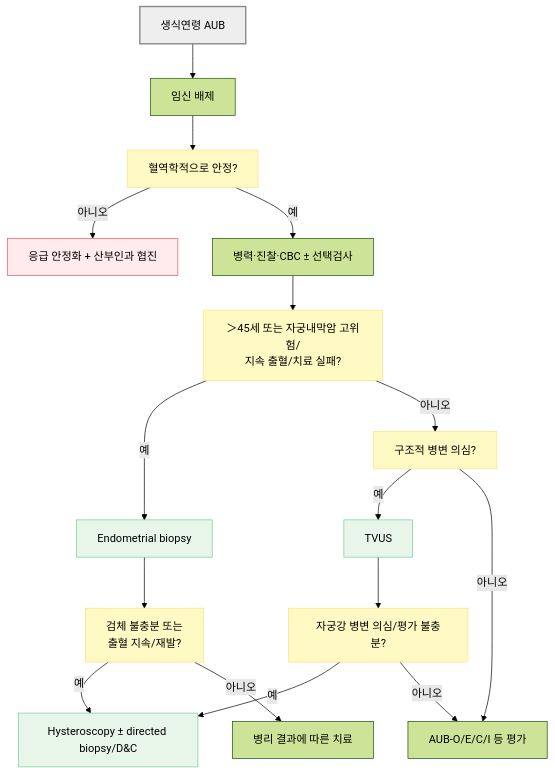
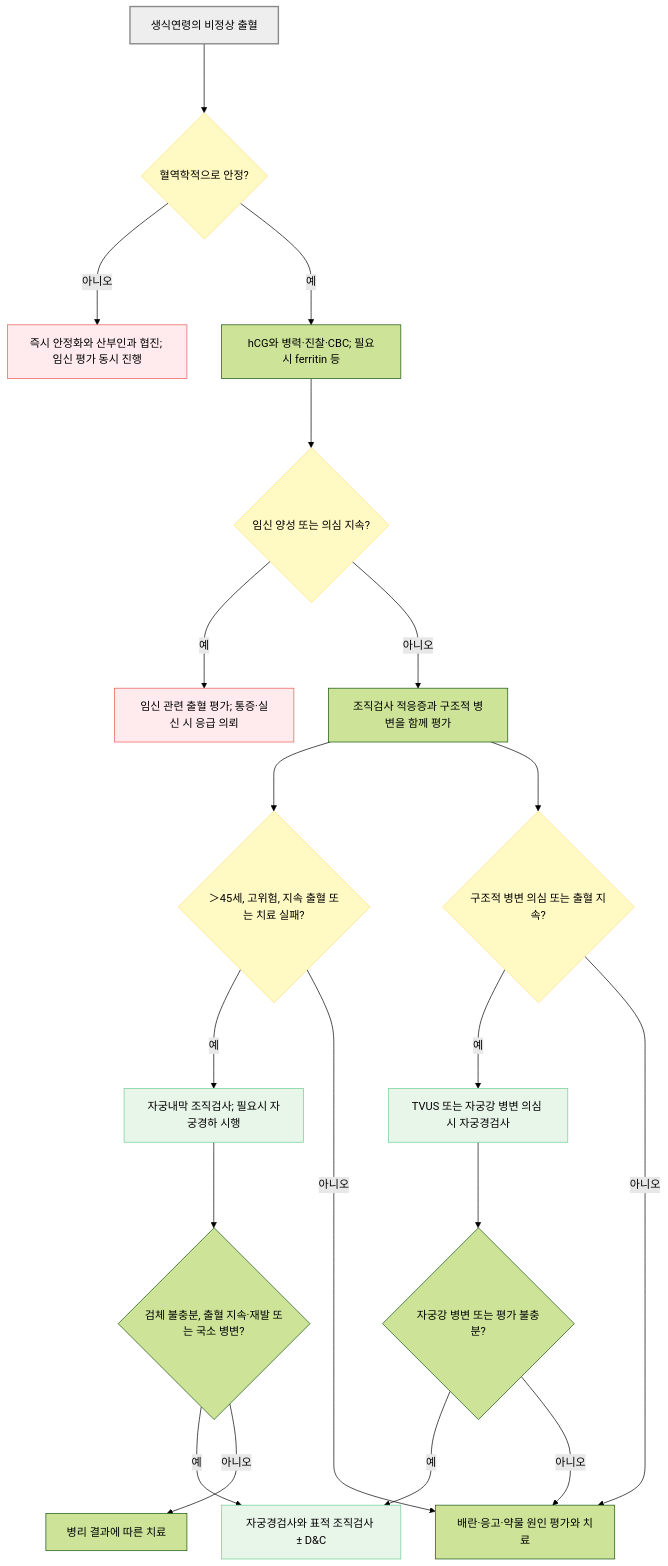
Before and after one commit to familyoh77/familyoh77: the first of 2 diagrams in 227_/129_-abnormal-uterine-bleeding-aub.md, drawn with Mermaid (forest theme). The commit also changed other lines of this file, not shown here.

````diff
--- a/227_/129_-abnormal-uterine-bleeding-aub.md
+++ b/227_/129_-abnormal-uterine-bleeding-aub.md
@@ -151,29 +162,32 @@
 ```mermaid
 flowchart TD
-    A["생식연령 AUB"] --> B["임신 배제"]
-    B --> C["혈역학적으로 안정?"]
-    C -- "아니오" --> D["응급 안정화 + 산부인과 협진"]
-    C -- "예" --> E["병력·진찰·CBC ± 선택검사"]
-    E --> F["＞45세 또는 자궁내막암 고위험/<br>지속 출혈/치료 실패?"]
-    F -- "예" --> G["Endometrial biopsy"]
-    F -- "아니오" --> H["구조적 병변 의심?"]
-    H -- "예" --> I["TVUS"]
-    H -- "아니오" --> J["AUB-O/E/C/I 등 평가"]
-    G --> K["검체 불충분 또는<br>출혈 지속/재발?"]
-    K -- "예" --> L["Hysteroscopy ± directed biopsy/D&C"]
-    K -- "아니오" --> M["병리 결과에 따른 치료"]
-    I --> N["자궁강 병변 의심/평가 불충분?"]
-    N -- "예" --> L
-    N -- "아니오" --> J
+    A["생식연령의 비정상 출혈"] ---> B{"혈역학적으로 안정?"}
+    B -- "아니오" ---> C["즉시 안정화와 산부인과 협진; 임신 평가 동시 진행"]
+    B -- "예" ---> D["hCG와 병력·진찰·CBC; 필요시 ferritin 등"]
+    D ---> E{"임신 양성 또는 의심 지속?"}
+    E -- "예" ---> F["임신 관련 출혈 평가; 통증·실신 시 응급 의뢰"]
+    E -- "아니오" ---> G["조직검사 적응증과 구조적 병변을 함께 평가"]
+    G ---> H{"＞45세, 고위험, 지속 출혈 또는 치료 실패?"}
+    H -- "예" ---> I["자궁내막 조직검사; 필요시 자궁경하 시행"]
+    H -- "아니오" ---> J["배란·응고·약물 원인 평가와 치료"]
+    G ---> K{"구조적 병변 의심 또는 출혈 지속?"}
+    K -- "예" ---> L["TVUS 또는 자궁강 병변 의심 시 자궁경검사"]
+    K -- "아니오" ---> J
+    I ---> M{"검체 불충분, 출혈 지속·재발 또는 국소 병변?"}
+    M -- "예" ---> N["자궁경검사와 표적 조직검사 ± D&C"]
+    L ---> O{"자궁강 병변 또는 평가 불충분?"}
+    O -- "예" ---> N
+    O -- "아니오" ---> J
+    M -- "아니오" ---> P["병리 결과에 따른 치료"]
 
     style A fill:#eeeeee,stroke:#888888,stroke-width:2px
-    style C fill:#fff9c4,stroke:#ffe082
-    style F fill:#fff9c4,stroke:#ffe082
+    style B fill:#fff9c4,stroke:#ffe082
+    style E fill:#fff9c4,stroke:#ffe082
     style H fill:#fff9c4,stroke:#ffe082
     style K fill:#fff9c4,stroke:#ffe082
-    style N fill:#fff9c4,stroke:#ffe082
-    style D fill:#FFEBEE,stroke:#EB5757,stroke-width:1px
-    style G fill:#E8F5E9,stroke:#6FCF97,stroke-width:1px
-    style I fill:#E8F5E9,stroke:#6FCF97,stroke-width:1px
-    style L fill:#E8F5E9,stroke:#6FCF97,stroke-width:1px
+    style C fill:#FFEBEE,stroke:#EB5757
+    style F fill:#FFEBEE,stroke:#EB5757
+    style I fill:#E8F5E9,stroke:#6FCF97
+    style L fill:#E8F5E9,stroke:#6FCF97
+    style N fill:#E8F5E9,stroke:#6FCF97
 ```
````
